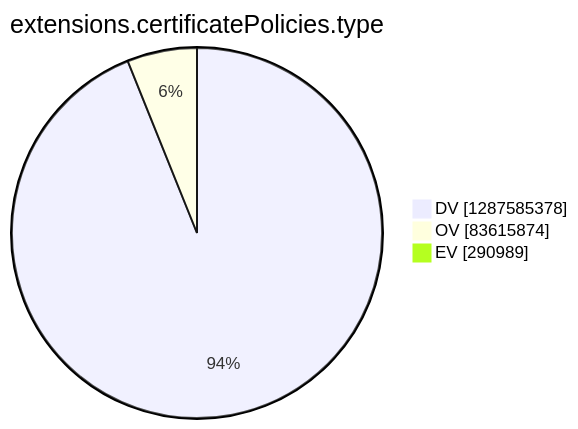
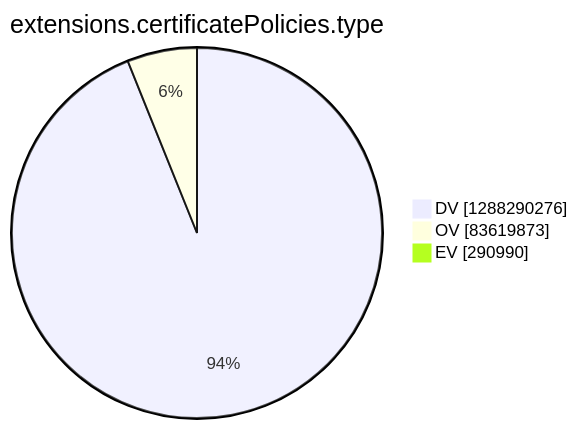
One commit to christiankrug/ctmonitor_visualization changed the tenth of 15 diagrams in argon2022/README.md. Above: the diagram before and after it, drawn with Mermaid. The commit also changed other lines of this file, not shown here.

````diff
--- a/argon2022/README.md
+++ b/argon2022/README.md
@@ -2771,7 +2771,7 @@
 ```mermaid
 pie showData
 title extensions.certificatePolicies.type
-"DV" :1287585378
-"OV" :83615874
-"EV" :290989
+"DV" :1288290276
+"OV" :83619873
+"EV" :290990
 ```
````
